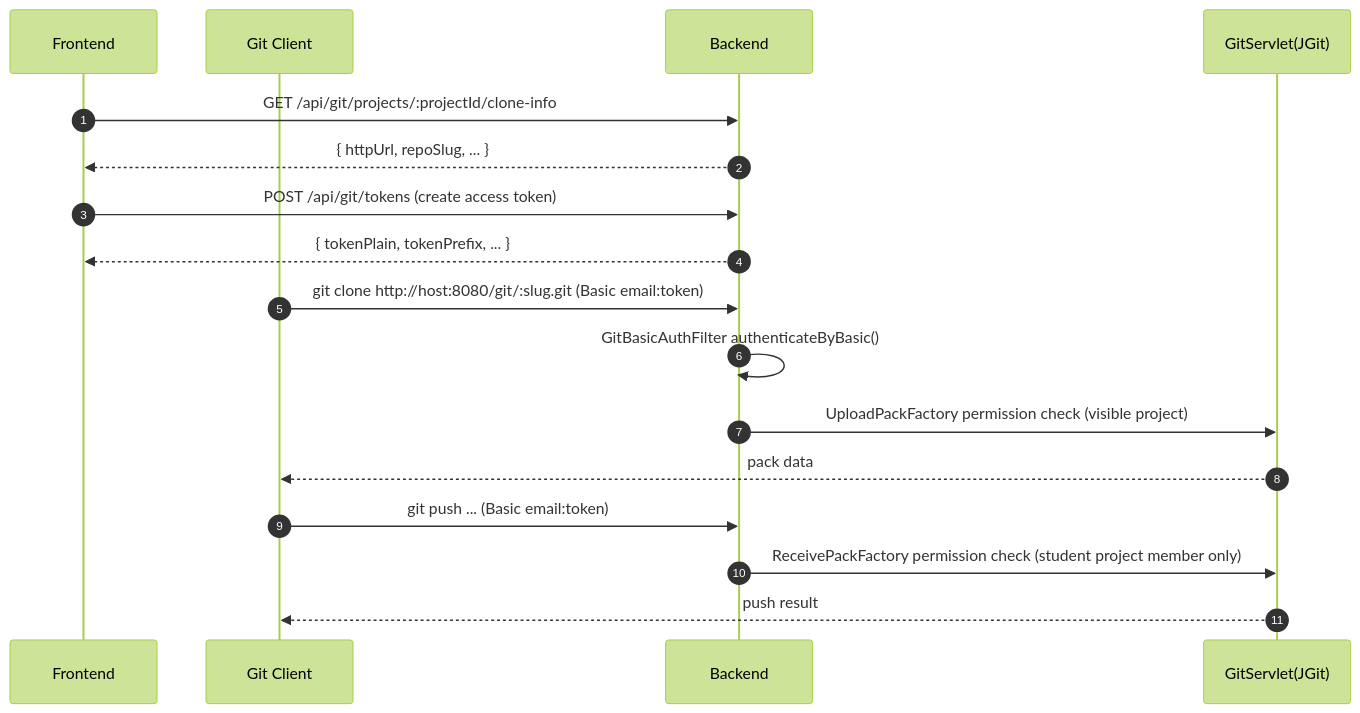
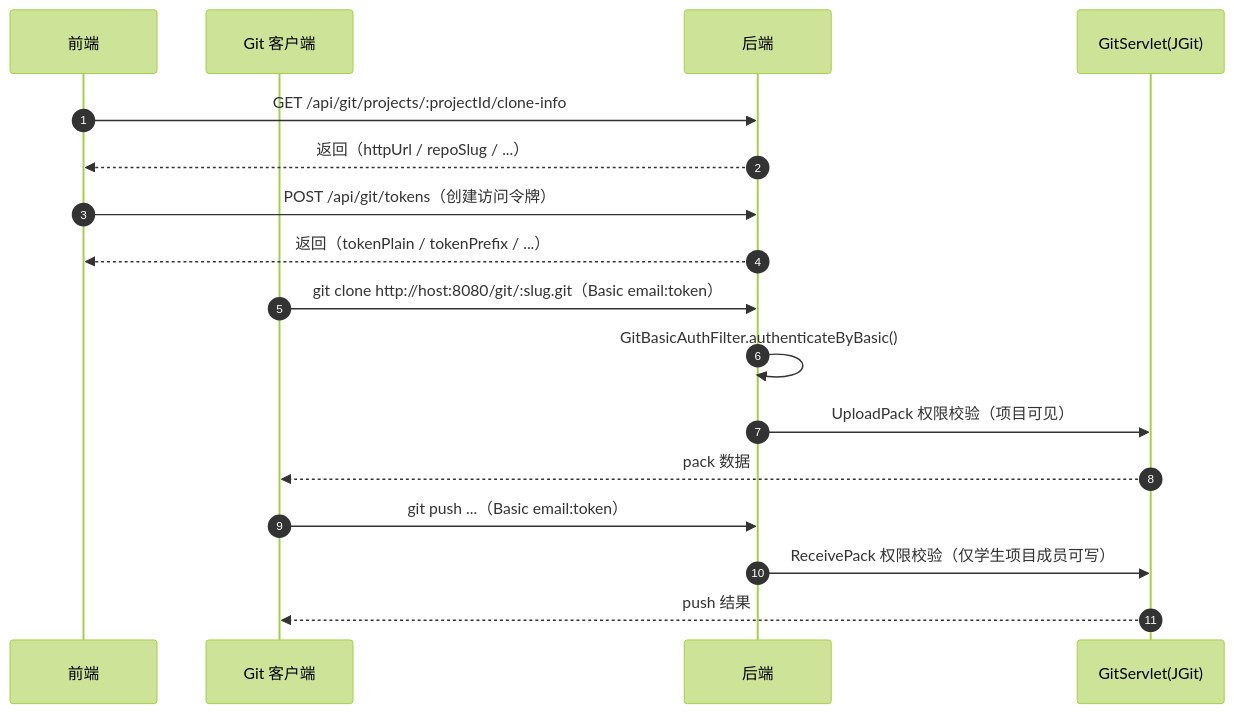
The fifth of 6 diagrams in README.md (moduqishi/educollab), drawn with Mermaid (forest theme) before and after one commit. The commit also changed other lines of this file, not shown here.

Commit message:
Localize Mermaid diagrams to Chinese

````diff
--- a/README.md
+++ b/README.md
@@ -173,22 +173,22 @@
 ```mermaid
 sequenceDiagram
   autonumber
-  participant FE as Frontend
-  participant CLI as Git Client
-  participant BE as Backend
+  participant FE as 前端
+  participant CLI as Git 客户端
+  participant BE as 后端
   participant G as GitServlet(JGit)
 
   FE->>BE: GET /api/git/projects/:projectId/clone-info
-  BE-->>FE: { httpUrl, repoSlug, ... }
-  FE->>BE: POST /api/git/tokens (create access token)
-  BE-->>FE: { tokenPlain, tokenPrefix, ... }
+  BE-->>FE: 返回（httpUrl / repoSlug / ...）
+  FE->>BE: POST /api/git/tokens（创建访问令牌）
+  BE-->>FE: 返回（tokenPlain / tokenPrefix / ...）
 
-  CLI->>BE: git clone http://host:8080/git/:slug.git (Basic email:token)
-  BE->>BE: GitBasicAuthFilter authenticateByBasic()
-  BE->>G: UploadPackFactory permission check (visible project)
-  G-->>CLI: pack data
+  CLI->>BE: git clone http://host:8080/git/:slug.git（Basic email:token）
+  BE->>BE: GitBasicAuthFilter.authenticateByBasic()
+  BE->>G: UploadPack 权限校验（项目可见）
+  G-->>CLI: pack 数据
 
-  CLI->>BE: git push ... (Basic email:token)
-  BE->>G: ReceivePackFactory permission check (student project member only)
-  G-->>CLI: push result
+  CLI->>BE: git push ...（Basic email:token）
+  BE->>G: ReceivePack 权限校验（仅学生项目成员可写）
+  G-->>CLI: push 结果
 ```
````
